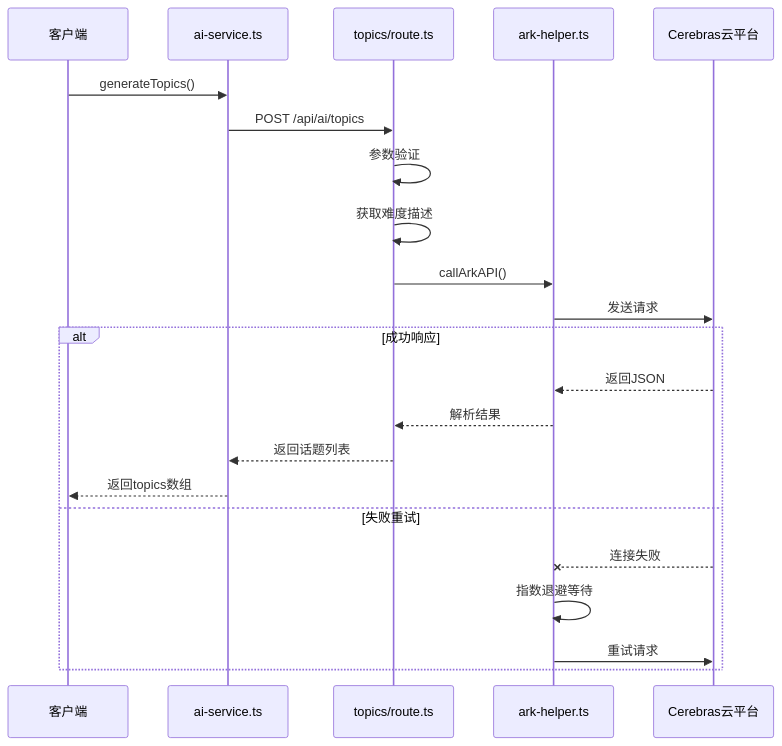
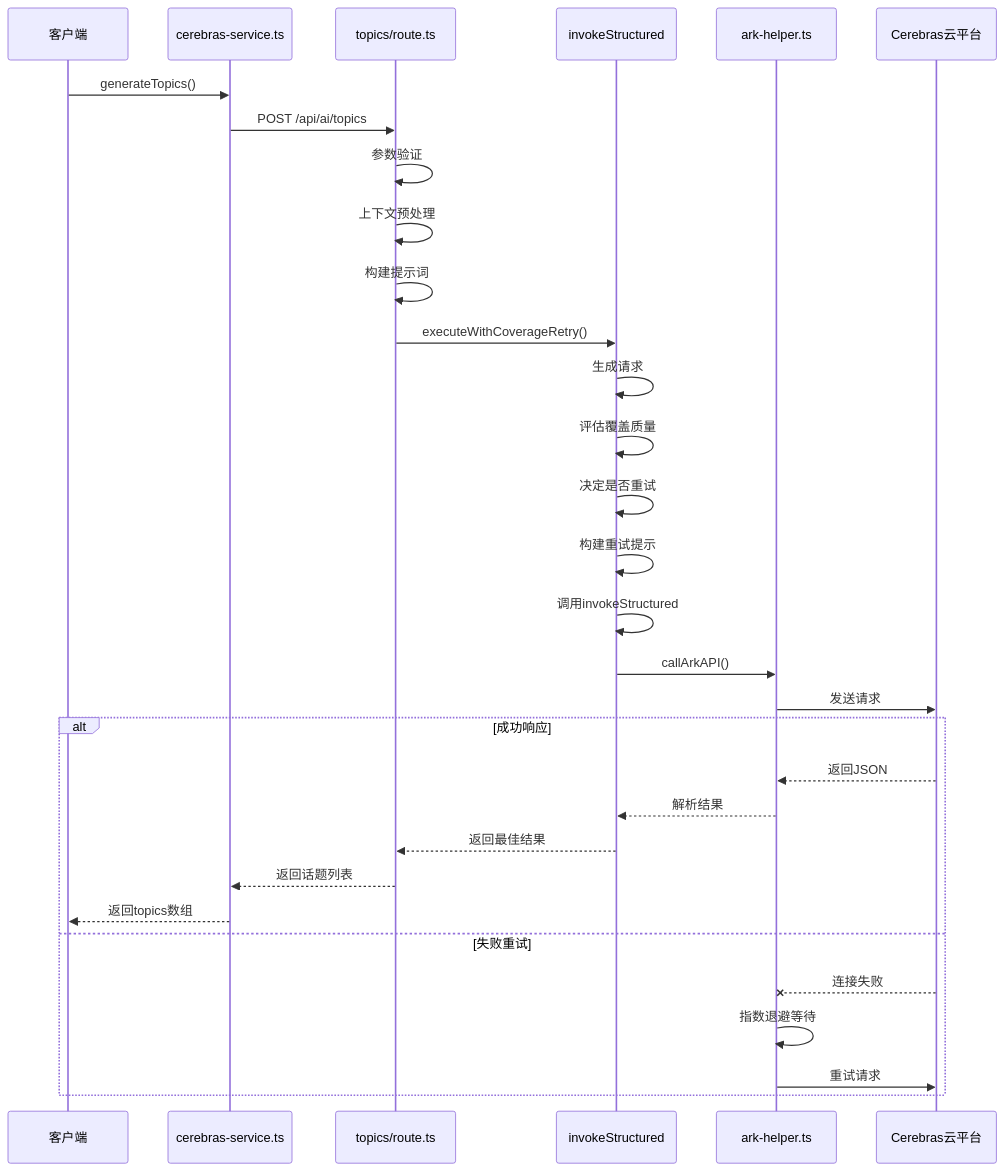
The second of 3 diagrams in .qoder/repowiki/zh/content/后端API接口/AI内容生成API/AI内容生成API.md (arthurlee116/english-listening-trainer), drawn with Mermaid before and after one commit. The commit also changed other lines of this file and 12 other files, not shown here.

````diff
--- a/.qoder/repowiki/zh/content/后端API接口/AI内容生成API/AI内容生成API.md
+++ b/.qoder/repowiki/zh/content/后端API接口/AI内容生成API/AI内容生成API.md
@@ -198,24 +232,33 @@
 ```mermaid
 sequenceDiagram
 participant Client as 客户端
-participant AIService as ai-service.ts
+participant CerebrasService as cerebras-service.ts
 participant Route as topics/route.ts
+participant InvokeStructured as invokeStructured
 participant ArkHelper as ark-helper.ts
 participant Cerebras as Cerebras云平台
-Client->>AIService : generateTopics()
-AIService->>Route : POST /api/ai/topics
+Client->>CerebrasService : generateTopics()
+CerebrasService->>Route : POST /api/ai/topics
 Route->>Route : 参数验证
-Route->>Route : 获取难度描述
-Route->>ArkHelper : callArkAPI()
+Route->>Route : 上下文预处理
+Route->>Route : 构建提示词
+Route->>InvokeStructured : executeWithCoverageRetry()
+InvokeStructured->>InvokeStructured : 生成请求
+InvokeStructured->>InvokeStructured : 评估覆盖质量
+InvokeStructured->>InvokeStructured : 决定是否重试
+InvokeStructured->>InvokeStructured : 构建重试提示
+InvokeStructured->>InvokeStructured : 调用invokeStructured
+InvokeStructured->>ArkHelper : callArkAPI()
 ArkHelper->>Cerebras : 发送请求
 alt 成功响应
 Cerebras-->>ArkHelper : 返回JSON
-ArkHelper-->>Route : 解析结果
-Route-->>AIService : 返回话题列表
-AIService-->>Client : 返回topics数组
+ArkHelper-->>InvokeStructured : 解析结果
+InvokeStructured-->>Route : 返回最佳结果
+Route-->>CerebrasService : 返回话题列表
+CerebrasService-->>Client : 返回topics数组
 else 失败重试
 Cerebras--xArkHelper : 连接失败
 ArkHelper->>ArkHelper : 指数退避等待
 ArkHelper->>Cerebras : 重试请求
 end
 ```
````
